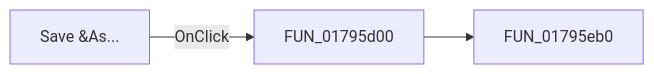
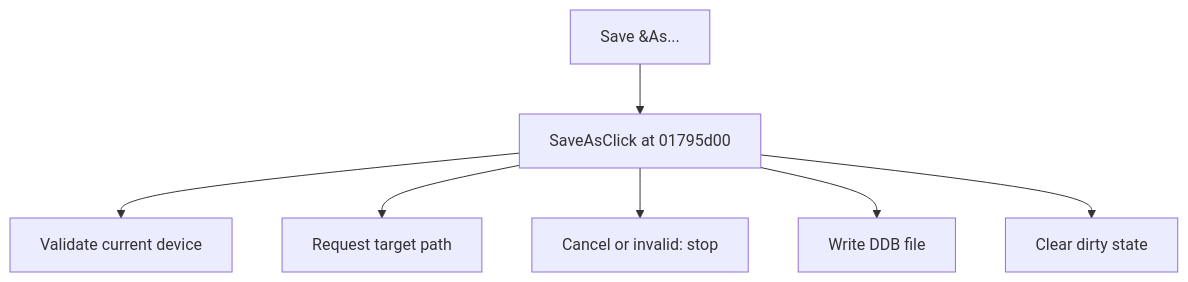
The diagram in docs/ui-controls/shapeedit/saveas-756c5c05e1.md (MovGP0/TIARA), drawn with Mermaid before and after one commit. The commit also changed other lines of this file and 1062 other files, not shown here.

````diff
--- a/docs/ui-controls/shapeedit/saveas-756c5c05e1.md
+++ b/docs/ui-controls/shapeedit/saveas-756c5c05e1.md
@@ -27,5 +25,9 @@
 ```mermaid
-flowchart LR
-    control["Save &As..."] -->|OnClick| handler["FUN_01795d00"]
-    handler --> call1["FUN_01795eb0"]
+flowchart TD
+    control["Save &As..."] --> handler["SaveAsClick at 01795d00"]
+    handler --> step1["Validate current device"]
+    handler --> step2["Request target path"]
+    handler --> step3["Cancel or invalid: stop"]
+    handler --> step4["Write DDB file"]
+    handler --> step5["Clear dirty state"]
 ```
````
